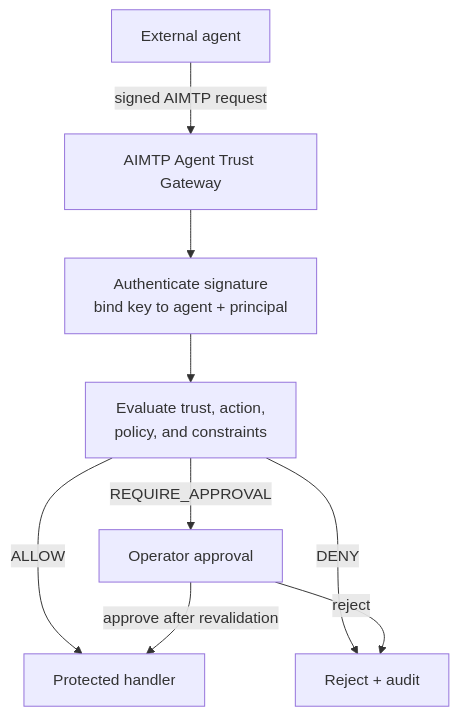
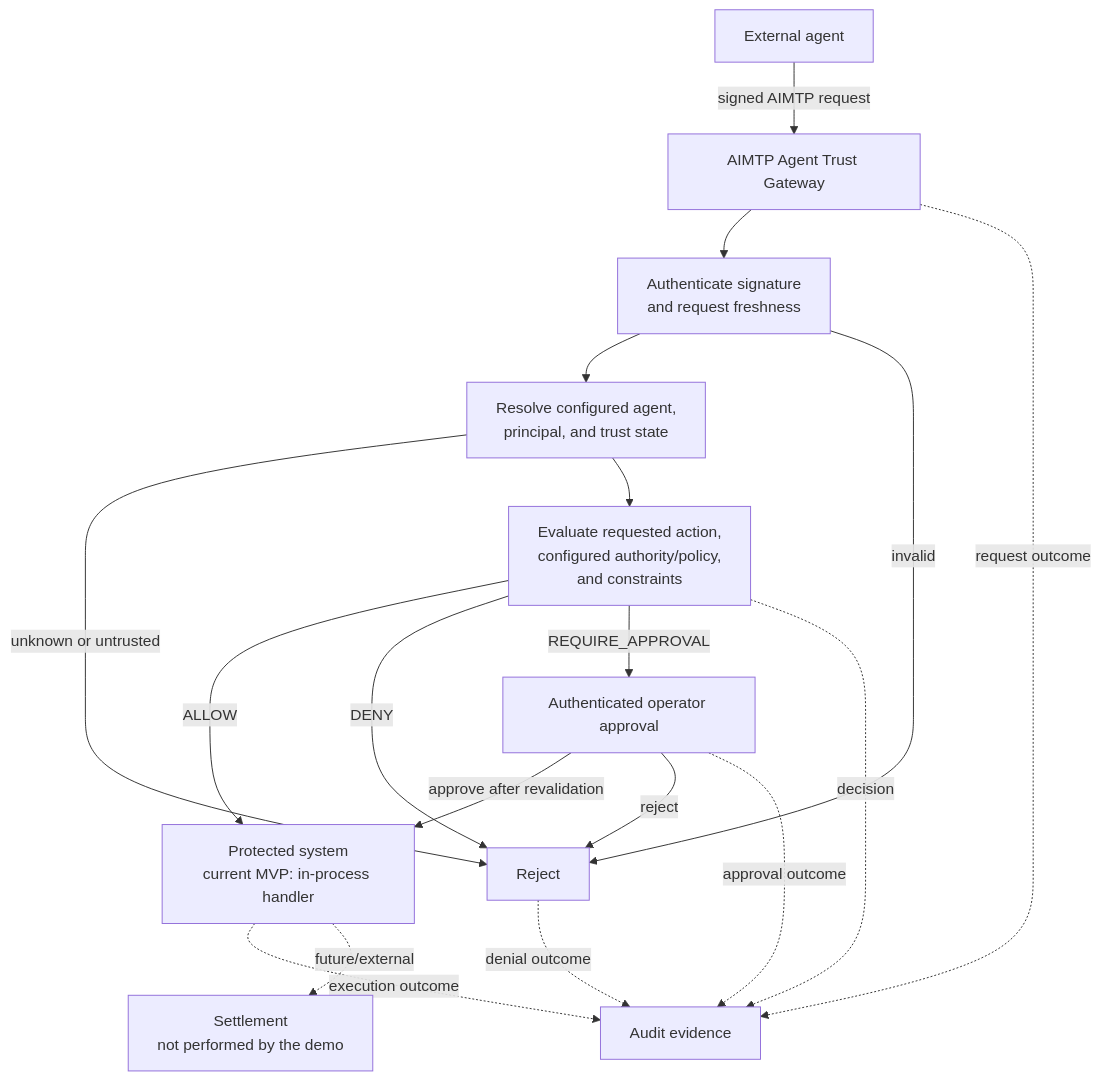
Before and after one commit to 2600i/AIMTP: the second of 3 diagrams in docs/architecture.md, drawn with Mermaid. The commit also changed other lines of this file and 3 other files, not shown here.

Commit message:
docs: clarify AIMTP architecture boundaries

````diff
--- a/docs/architecture.md
+++ b/docs/architecture.md
@@ -59,11 +69,20 @@
 ```mermaid
 flowchart TD
   A[External agent] -->|signed AIMTP request| G[AIMTP Agent Trust Gateway]
-  G --> I[Authenticate signature<br/>bind key to agent + principal]
-  I --> P[Evaluate trust, action,<br/>policy, and constraints]
-  P -->|ALLOW| S[Protected handler]
-  P -->|DENY| D[Reject + audit]
-  P -->|REQUIRE_APPROVAL| H[Operator approval]
+  G --> I[Authenticate signature<br/>and request freshness]
+  I --> R[Resolve configured agent,<br/>principal, and trust state]
+  I -->|invalid| D[Reject]
+  R -->|unknown or untrusted| D
+  R --> P[Evaluate requested action,<br/>configured authority/policy,<br/>and constraints]
+  P -->|ALLOW| S[Protected system<br/>current MVP: in-process handler]
+  P -->|DENY| D
+  P -->|REQUIRE_APPROVAL| H[Authenticated operator approval]
   H -->|approve after revalidation| S
   H -->|reject| D
+  P -. decision .-> E[Audit evidence]
+  H -. approval outcome .-> E
+  S -. execution outcome .-> E
+  D -. denial outcome .-> E
+  G -. request outcome .-> E
+  S -. future/external .-> X[Settlement<br/>not performed by the demo]
 ```
````
